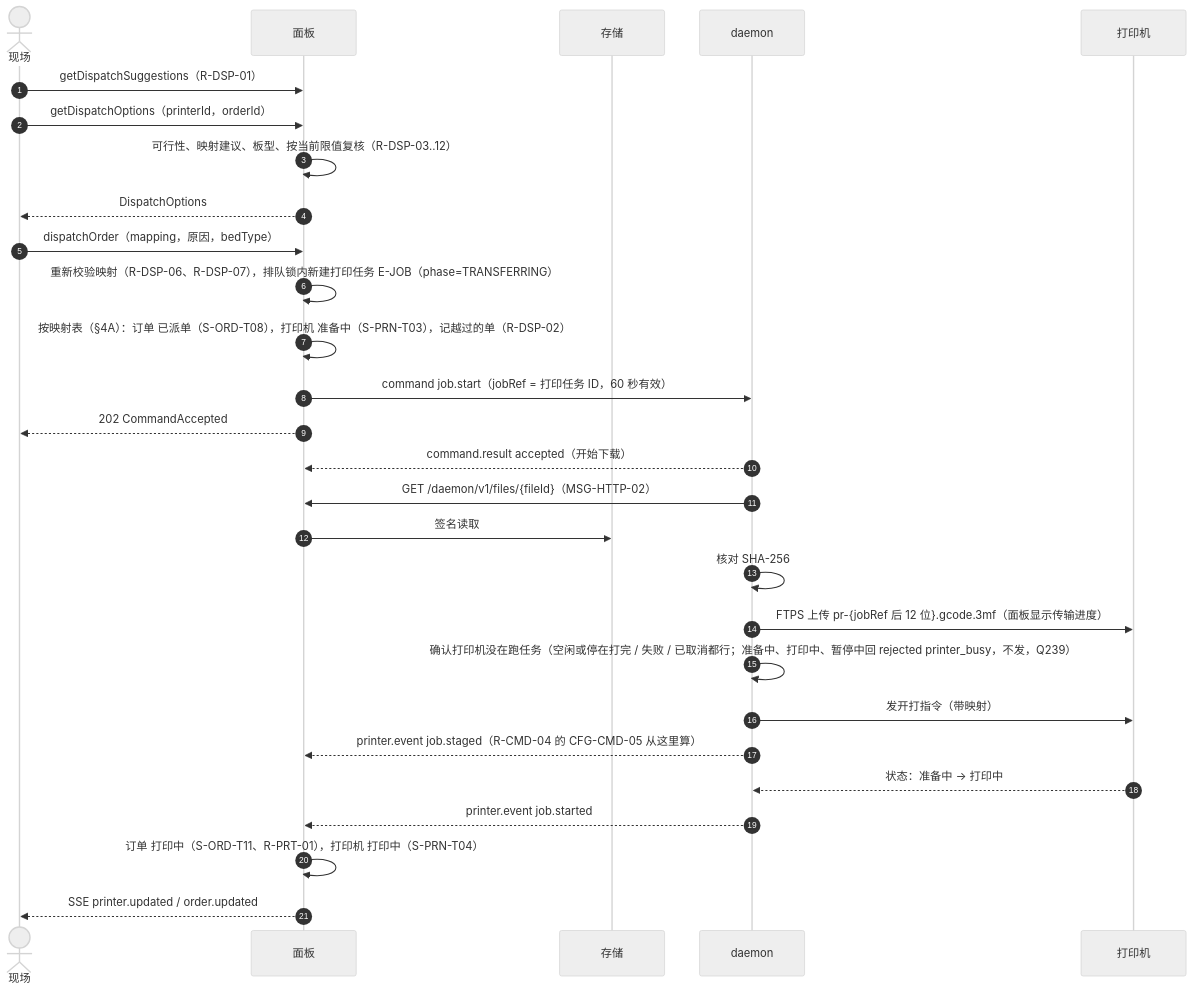
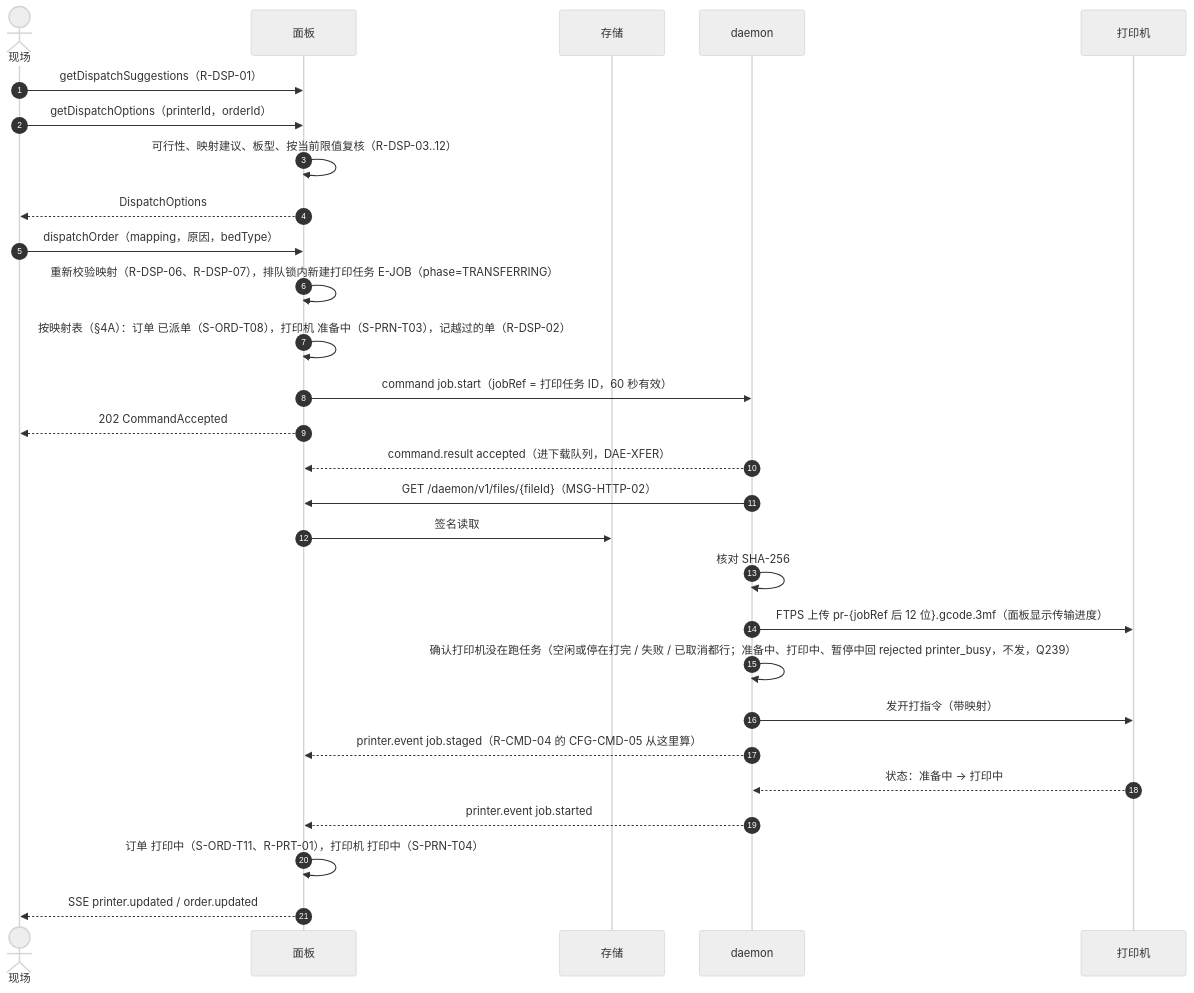
One commit to PlateRelay/PlateRelay changed the third of 11 diagrams in docs/design/03-sequences.md. Above: the diagram before and after it, drawn with Mermaid (neutral theme).

Commit message:
docs(design): accept start on entering download queue in sequences
Claude-Session: https://claude.ai/code/session_012TmsB4kQENYEGFVgPFpAg9

````diff
--- a/docs/design/03-sequences.md
+++ b/docs/design/03-sequences.md
@@ -115,30 +115,30 @@
 ```mermaid
 sequenceDiagram
   autonumber
   actor S as 现场
   participant P as 面板
   participant O as 存储
   participant D as daemon
   participant R as 打印机
   S->>P: getDispatchSuggestions（R-DSP-01）
   S->>P: getDispatchOptions（printerId，orderId）
   P->>P: 可行性、映射建议、板型、按当前限值复核（R-DSP-03..12）
   P-->>S: DispatchOptions
   S->>P: dispatchOrder（mapping，原因，bedType）
   P->>P: 重新校验映射（R-DSP-06、R-DSP-07），排队锁内新建打印任务 E-JOB（phase=TRANSFERRING）
   P->>P: 按映射表（§4A）：订单 已派单（S-ORD-T08），打印机 准备中（S-PRN-T03），记越过的单（R-DSP-02）
   P->>D: command job.start（jobRef = 打印任务 ID，60 秒有效）
   P-->>S: 202 CommandAccepted
-  D-->>P: command.result accepted（开始下载）
+  D-->>P: command.result accepted（进下载队列，DAE-XFER）
   D->>P: GET /daemon/v1/files/{fileId}（MSG-HTTP-02）
   P->>O: 签名读取
   D->>D: 核对 SHA-256
   D->>R: FTPS 上传 pr-{jobRef 后 12 位}.gcode.3mf（面板显示传输进度）
   D->>D: 确认打印机没在跑任务（空闲或停在打完 / 失败 / 已取消都行；准备中、打印中、暂停中回 rejected printer_busy，不发，Q239）
   D->>R: 发开打指令（带映射）
   D-->>P: printer.event job.staged（R-CMD-04 的 CFG-CMD-05 从这里算）
   R-->>D: 状态：准备中 → 打印中
   D-->>P: printer.event job.started
   P->>P: 订单 打印中（S-ORD-T11、R-PRT-01），打印机 打印中（S-PRN-T04）
   P-->>S: SSE printer.updated / order.updated
 ```
````
